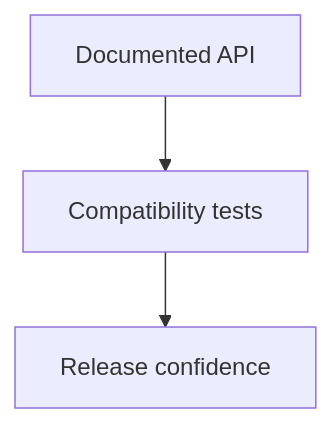
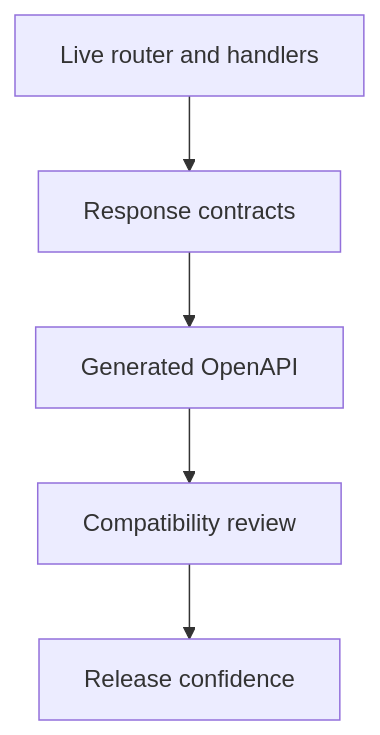
Before and after one commit to bijux/bijux-atlas: the second of 2 diagrams in docs/bijux-atlas/contracts/api-compatibility.md, drawn with Mermaid. The commit also changed other lines of this file and 1 other file, not shown here.

Commit message:
docs(repository): define atlas compatibility review authority

````diff
--- a/docs/bijux-atlas/contracts/api-compatibility.md
+++ b/docs/bijux-atlas/contracts/api-compatibility.md
@@ -29,5 +29,7 @@
 ```mermaid
 flowchart TD
-    Docs[Documented API] --> Tests[Compatibility tests]
-    Tests --> Release[Release confidence]
+    Router[Live router and handlers] --> Contracts[Response contracts]
+    Contracts --> OpenAPI[Generated OpenAPI]
+    OpenAPI --> Review[Compatibility review]
+    Review --> Release[Release confidence]
 ```
````
